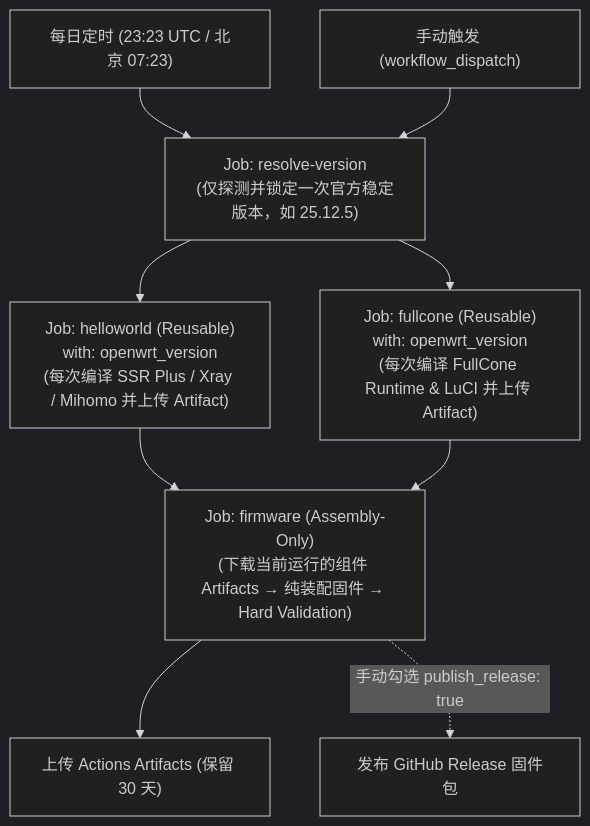
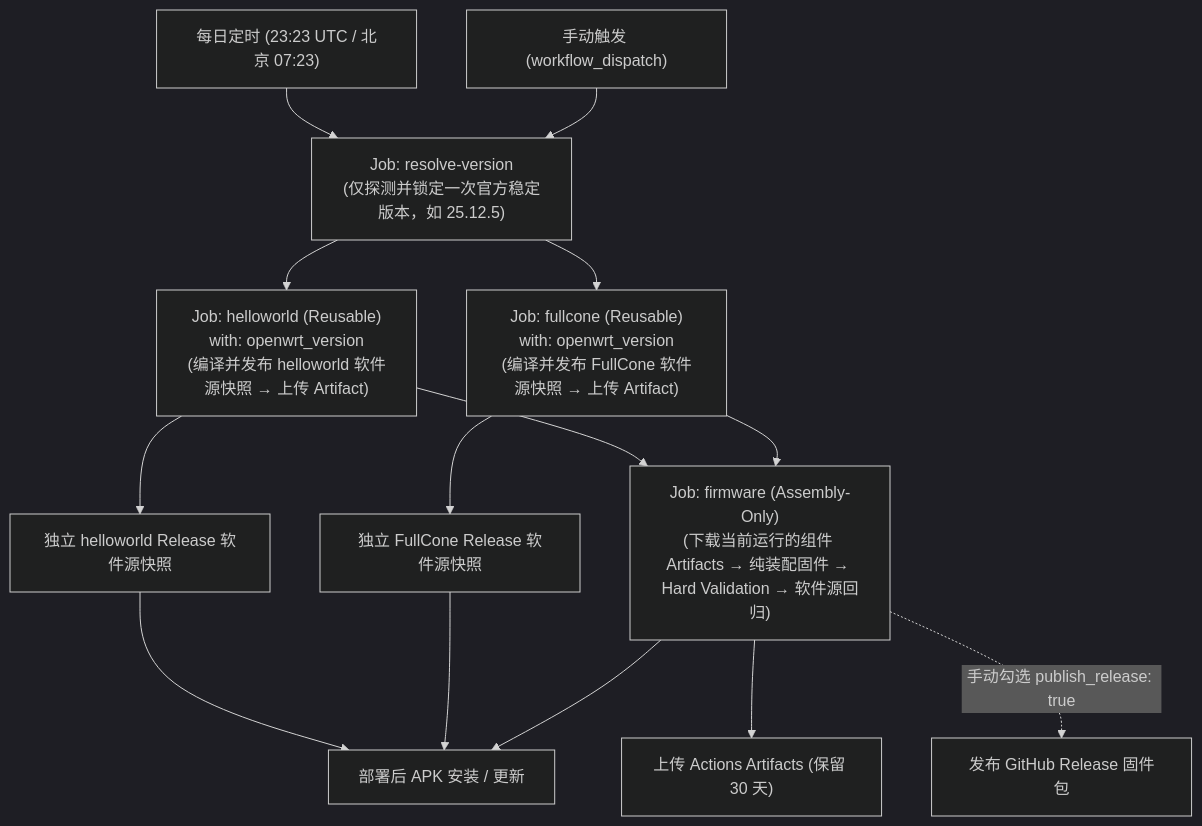
The diagram in README.md (EluneAdore/openwrt-imagebuilder-ci), drawn with Mermaid (dark theme) before and after one commit. The commit also changed other lines of this file and 10 other files, not shown here.

First line of the commit message:
feat: add runtime-custom-feed script and comprehensive tests for custom APK sources

````diff
--- a/README.md
+++ b/README.md
@@ -40,14 +44,19 @@
 ```mermaid
 flowchart TD
     schedule["每日定时 (23:23 UTC / 北京 07:23)"] --> resolve["Job: resolve-version<br/>(仅探测并锁定一次官方稳定版本，如 25.12.5)"]
     dispatch["手动触发 (workflow_dispatch)"] --> resolve
 
-    resolve --> helloworld["Job: helloworld (Reusable)<br/>with: openwrt_version<br/>(每次编译 SSR Plus / Xray / Mihomo 并上传 Artifact)"]
-    resolve --> fullcone["Job: fullcone (Reusable)<br/>with: openwrt_version<br/>(每次编译 FullCone Runtime & LuCI 并上传 Artifact)"]
+    resolve --> helloworld["Job: helloworld (Reusable)<br/>with: openwrt_version<br/>(编译并发布 helloworld 软件源快照 → 上传 Artifact)"]
+    resolve --> fullcone["Job: fullcone (Reusable)<br/>with: openwrt_version<br/>(编译并发布 FullCone 软件源快照 → 上传 Artifact)"]
 
-    helloworld --> firmware["Job: firmware (Assembly-Only)<br/>(下载当前运行的组件 Artifacts → 纯装配固件 → Hard Validation)"]
+    helloworld --> firmware["Job: firmware (Assembly-Only)<br/>(下载当前运行的组件 Artifacts → 纯装配固件 → Hard Validation → 软件源回归)"]
     fullcone --> firmware
+    helloworld --> hwfeed["独立 helloworld Release 软件源快照"]
+    fullcone --> fcfeed["独立 FullCone Release 软件源快照"]
+    hwfeed --> runtime["部署后 APK 安装 / 更新"]
+    fcfeed --> runtime
+    firmware --> runtime
 
     firmware --> artifacts["上传 Actions Artifacts (保留 30 天)"]
     firmware -.->|"手动勾选 publish_release: true"| release["发布 GitHub Release 固件包"]
 ```
````
